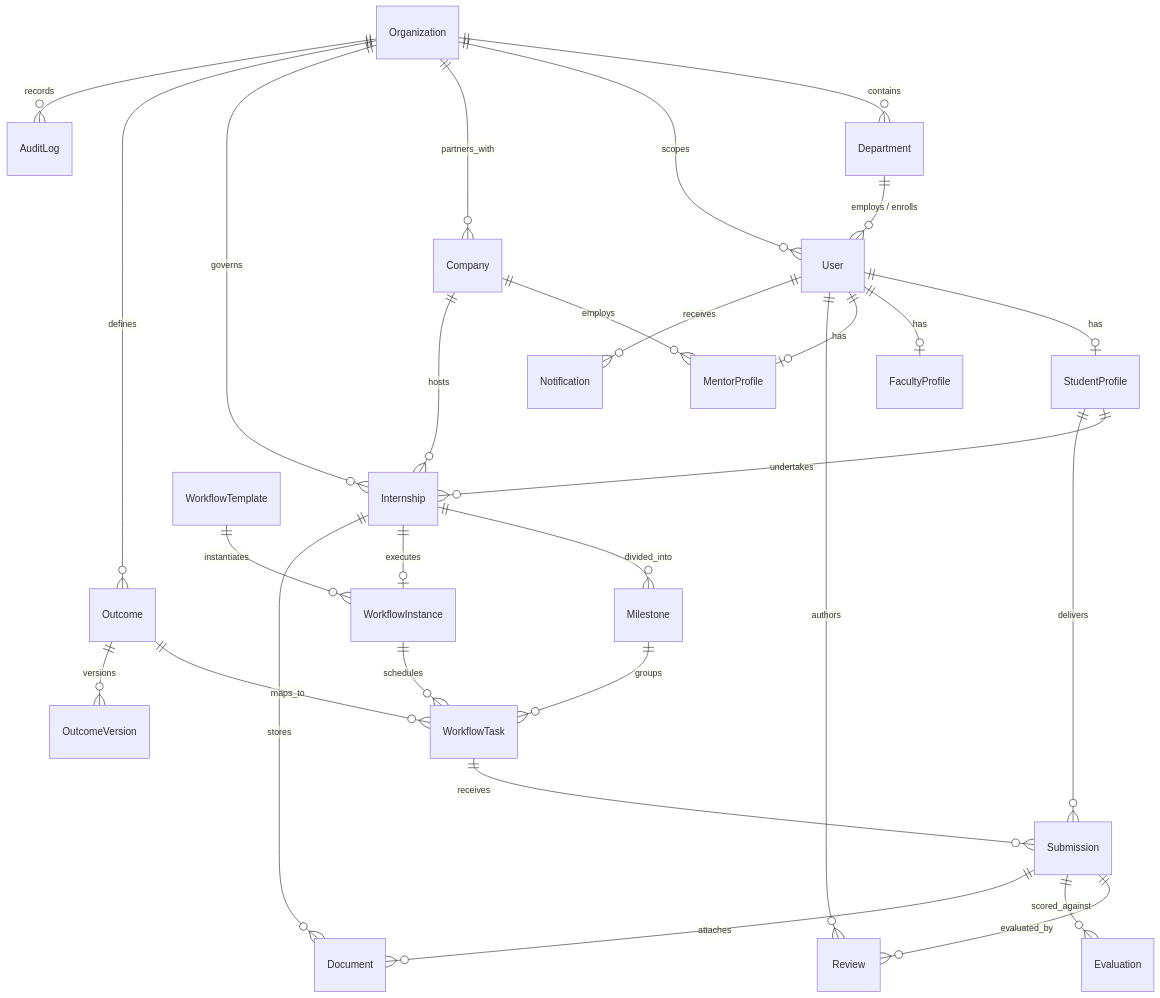
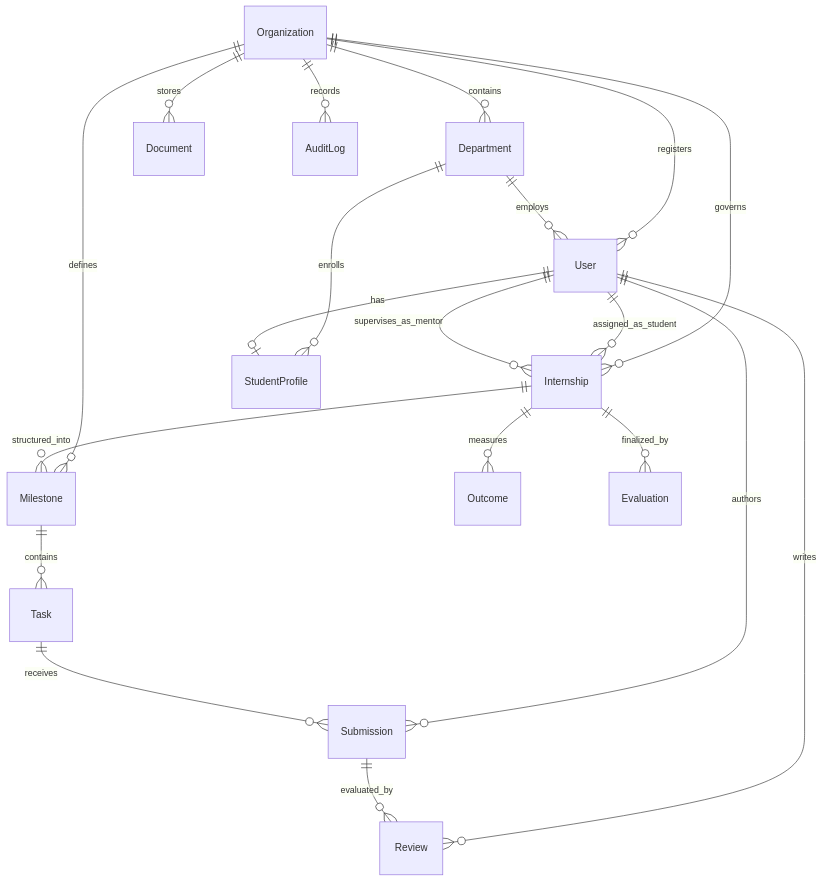
One commit to innocentgaming/Hack-2-Ignite-Move_37 changed the sixth of 6 diagrams in README.md. Above: the diagram before and after it, drawn with Mermaid. The commit also changed other lines of this file, not shown here.

Commit message:
docs: overhaul README.md with comprehensive architecture, workflows, API documentation, and deployment guides

````diff
--- a/README.md
+++ b/README.md
@@ -399,40 +413,26 @@
 ```mermaid
 erDiagram
-    Organization ||--o{ Department : "contains"
-    Organization ||--o{ User : "scopes"
-    Organization ||--o{ Company : "partners_with"
-    Organization ||--o{ Internship : "governs"
-    Organization ||--o{ Outcome : "defines"
-    Organization ||--o{ AuditLog : "records"
+    Organization ||--o{ Department : contains
+    Organization ||--o{ User : registers
+    Organization ||--o{ Internship : governs
+    Organization ||--o{ Milestone : defines
+    Organization ||--o{ Document : stores
+    Organization ||--o{ AuditLog : records
 
-    Department ||--o{ User : "employs / enrolls"
-    
-    User ||--o| StudentProfile : "has"
-    User ||--o| FacultyProfile : "has"
-    User ||--o| MentorProfile : "has"
+    Department ||--o{ User : employs
+    Department ||--o{ StudentProfile : enrolls
 
-    Company ||--o{ MentorProfile : "employs"
-    Company ||--o{ Internship : "hosts"
+    User ||--o| StudentProfile : has
+    User ||--o{ Internship : assigned_as_student
+    User ||--o{ Internship : supervises_as_mentor
+    User ||--o{ Submission : authors
+    User ||--o{ Review : writes
 
-    StudentProfile ||--o{ Internship : "undertakes"
-    StudentProfile ||--o{ Submission : "delivers"
+    Internship ||--o{ Milestone : structured_into
+    Milestone ||--o{ Task : contains
+    Task ||--o{ Submission : receives
+    Submission ||--o{ Review : evaluated_by
 
-    Internship ||--o{ Milestone : "divided_into"
-    Internship ||--o| WorkflowInstance : "executes"
-    Internship ||--o{ Document : "stores"
-
-    WorkflowTemplate ||--o{ WorkflowInstance : "instantiates"
-    WorkflowInstance ||--o{ WorkflowTask : "schedules"
-    
-    Milestone ||--o{ WorkflowTask : "groups"
-    Outcome ||--o{ WorkflowTask : "maps_to"
-    Outcome ||--o{ OutcomeVersion : "versions"
-
-    WorkflowTask ||--o{ Submission : "receives"
-    Submission ||--o{ Review : "evaluated_by"
-    Submission ||--o{ Evaluation : "scored_against"
-    Submission ||--o{ Document : "attaches"
-
-    User ||--o{ Review : "authors"
-    User ||--o{ Notification : "receives"
+    Internship ||--o{ Outcome : measures
+    Internship ||--o{ Evaluation : finalized_by
 ```
````
